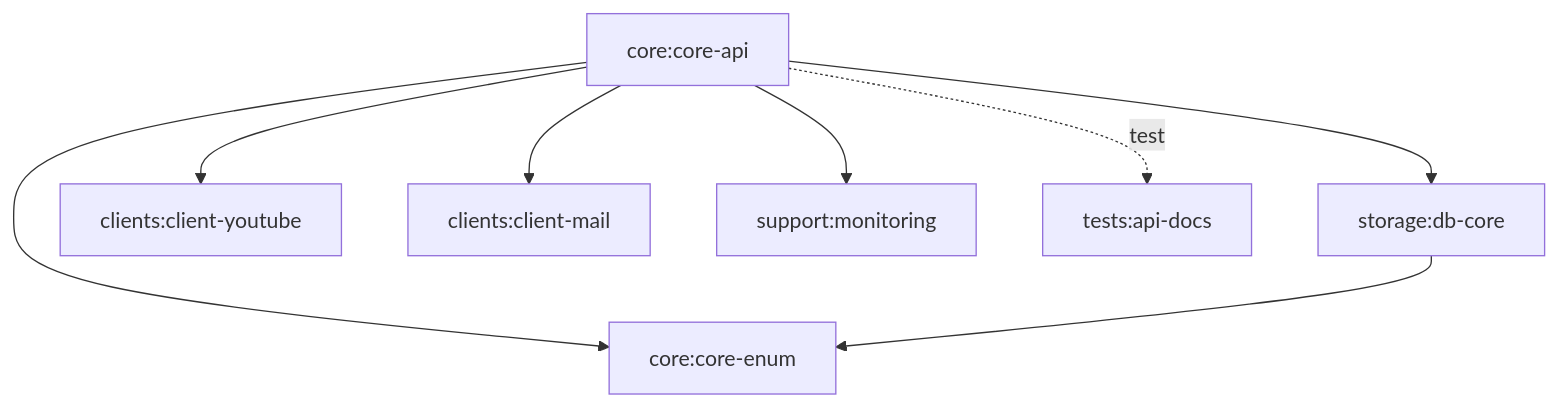
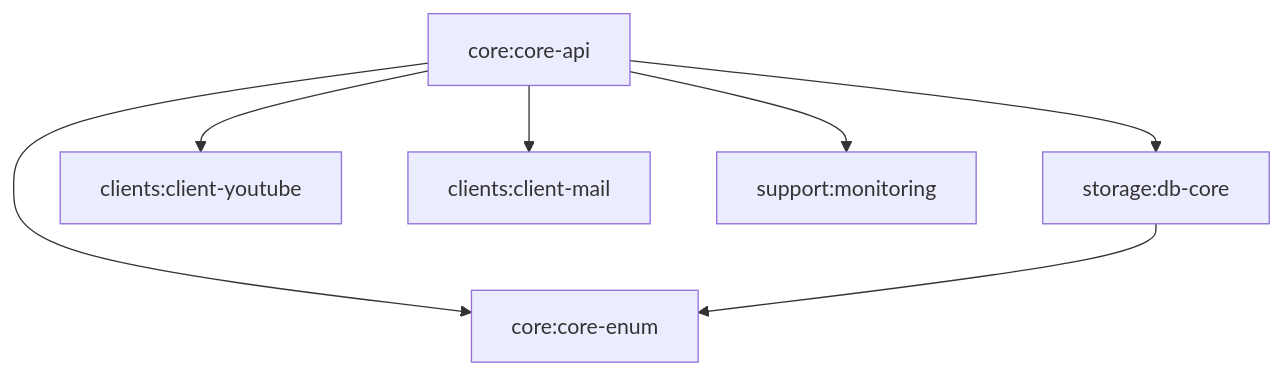
The second of 2 diagrams in backend/ARCHITECTURE.md (gudwns1812/FunGame), drawn with Mermaid before and after one commit. The commit also changed other lines of this file and 6 other files, not shown here.

````diff
--- a/backend/ARCHITECTURE.md
+++ b/backend/ARCHITECTURE.md
@@ -75,19 +71,17 @@
 ```mermaid
 graph TD
     core-api["core:core-api"]
     core-enum["core:core-enum"]
     db-core["storage:db-core"]
     youtube["clients:client-youtube"]
     mail["clients:client-mail"]
     monitoring["support:monitoring"]
-    apidocs["tests:api-docs"]
 
     core-api --> core-enum
     core-api --> db-core
     core-api --> youtube
     core-api --> mail
     core-api --> monitoring
-    core-api -. test .-> apidocs
 
     db-core --> core-enum
 ```
````
